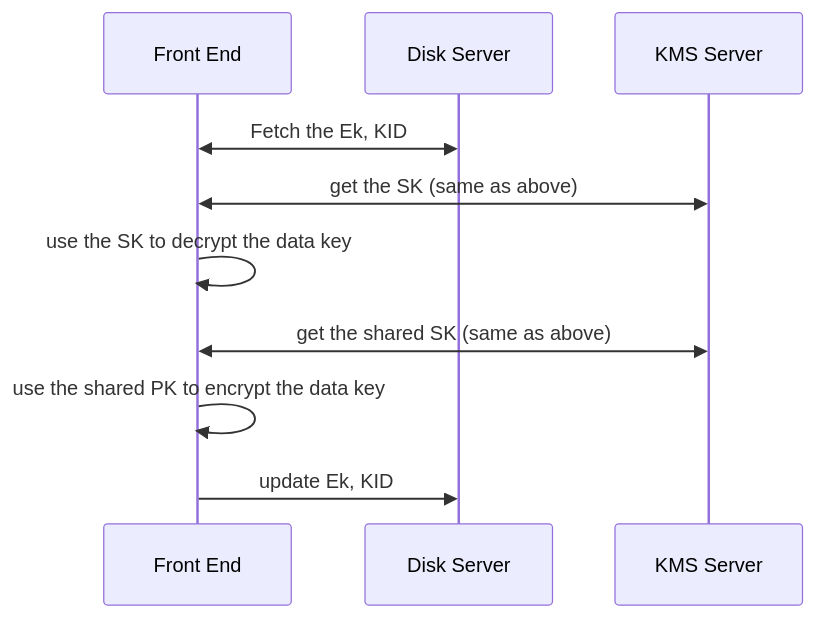
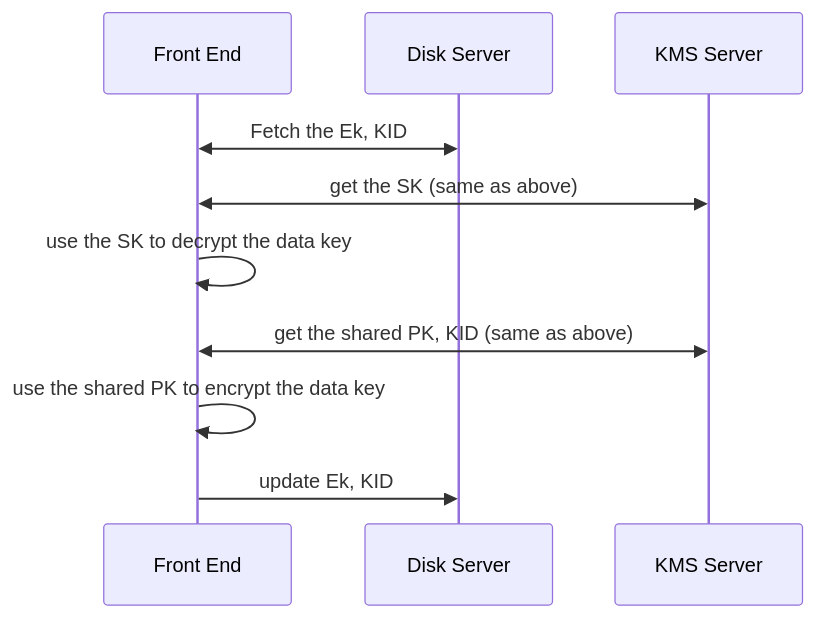
One commit to nakiridaisuki/CEFP_Disk changed the third of 3 diagrams in README.md. Above: the diagram before and after it, drawn with Mermaid.

````diff
--- a/README.md
+++ b/README.md
@@ -77,18 +77,18 @@
 ```mermaid
 sequenceDiagram
 
 participant A as Front End
 participant B as Disk Server
 participant C as KMS Server
 
 B <<->> A: Fetch the Ek, KID
 
 A <<->> C: get the SK (same as above)
 
 A ->> A: use the SK to decrypt the data key
 
-A <<->> C: get the shared SK (same as above)
+A <<->> C: get the shared PK, KID (same as above)
 
 A ->> A: use the shared PK to encrypt the data key
 A ->> B: update Ek, KID
 ```
````
